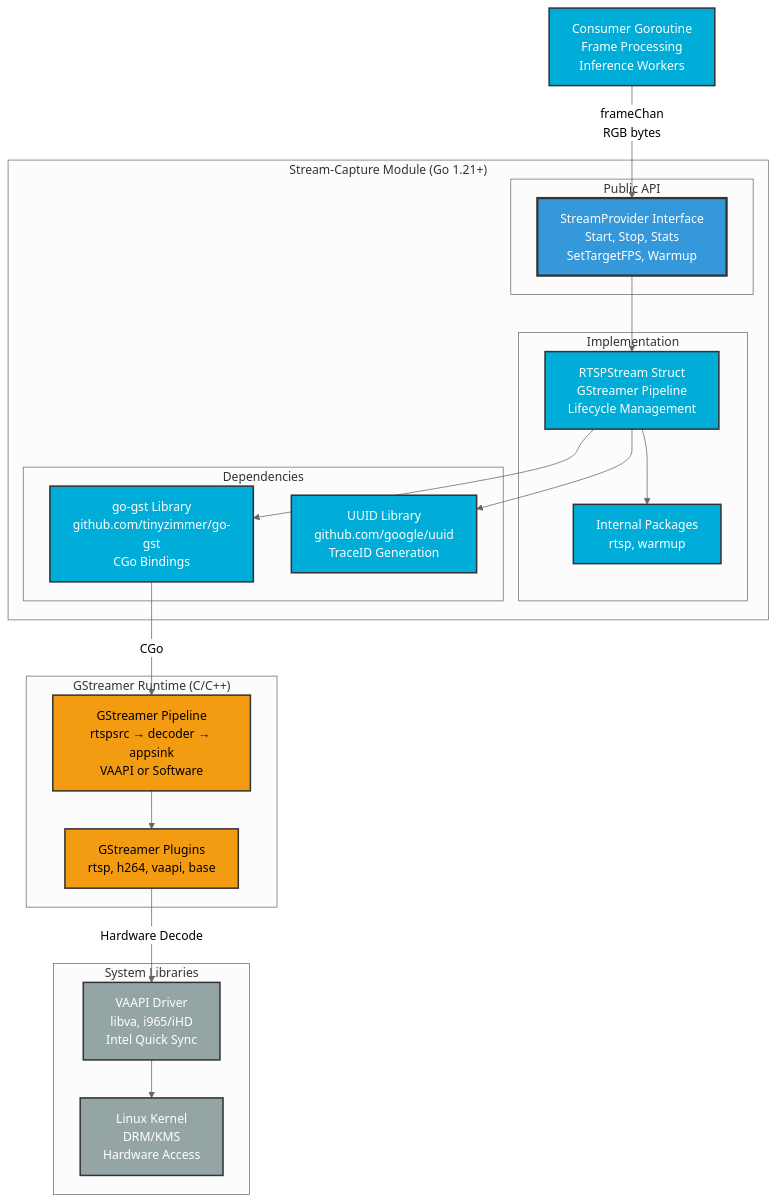
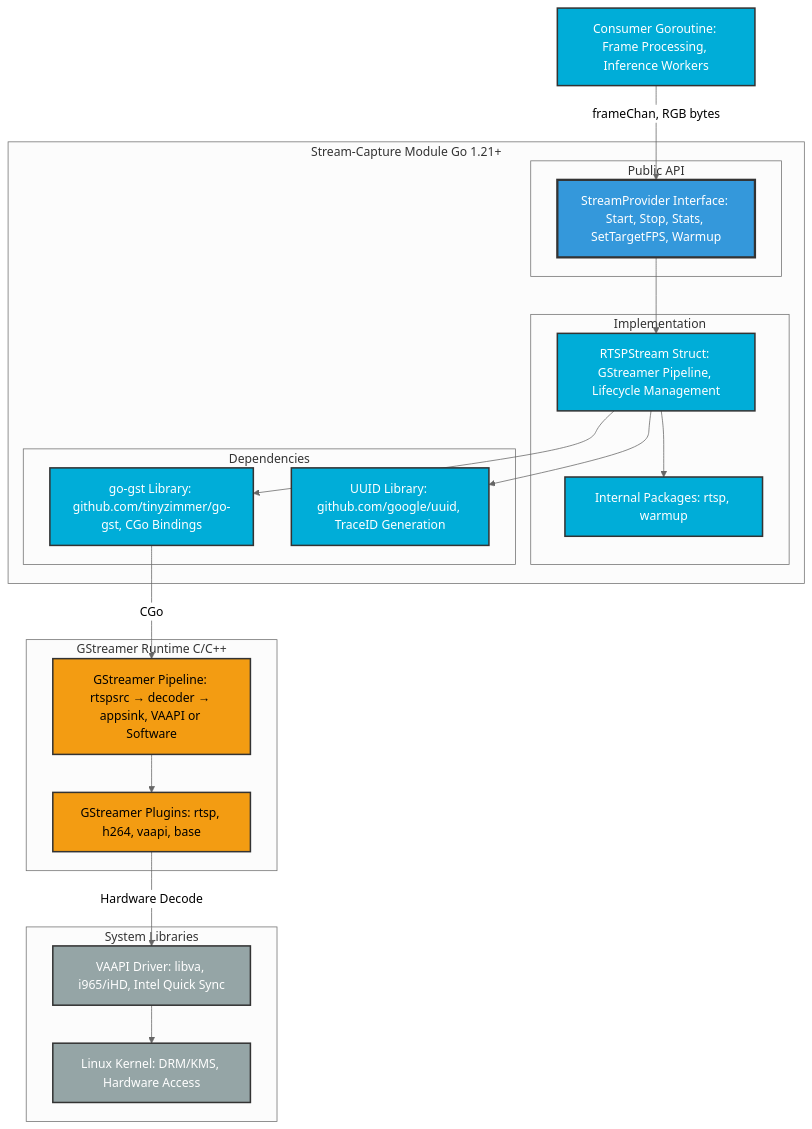
The second of 6 diagrams in modules/stream-capture/docs/C4_MODEL.md (e7canasta/orion-care-sensor), drawn with Mermaid (neutral theme) before and after one commit. The commit also changed other lines of this file and 2 other files, not shown here.

First line of the commit message:
docs(stream-capture): expand CLAUDE.md and introduce ARCHITECTURE.md

````diff
--- a/modules/stream-capture/docs/C4_MODEL.md
+++ b/modules/stream-capture/docs/C4_MODEL.md
@@ -80,48 +82,48 @@
 ```mermaid
 graph TB
-    subgraph "Stream-Capture Module (Go 1.21+)"
+    subgraph "Stream-Capture Module Go 1.21+"
         subgraph "Public API"
-            StreamProvider[StreamProvider Interface<br/>Start, Stop, Stats<br/>SetTargetFPS, Warmup]
+            StreamProvider[StreamProvider Interface: Start, Stop, Stats, SetTargetFPS, Warmup]
         end
 
         subgraph "Implementation"
-            RTSPStream[RTSPStream Struct<br/>GStreamer Pipeline<br/>Lifecycle Management]
-            InternalPackages[Internal Packages<br/>rtsp, warmup]
+            RTSPStream[RTSPStream Struct: GStreamer Pipeline, Lifecycle Management]
+            InternalPackages[Internal Packages: rtsp, warmup]
         end
 
         subgraph "Dependencies"
-            GoGst[go-gst Library<br/>github.com/tinyzimmer/go-gst<br/>CGo Bindings]
-            UUID[UUID Library<br/>github.com/google/uuid<br/>TraceID Generation]
+            GoGst[go-gst Library: github.com/tinyzimmer/go-gst, CGo Bindings]
+            UUID[UUID Library: github.com/google/uuid, TraceID Generation]
         end
     end
 
-    subgraph "GStreamer Runtime (C/C++)"
-        Pipeline[GStreamer Pipeline<br/>rtspsrc → decoder → appsink<br/>VAAPI or Software]
-        Plugins[GStreamer Plugins<br/>rtsp, h264, vaapi, base]
+    subgraph "GStreamer Runtime C/C++"
+        Pipeline[GStreamer Pipeline: rtspsrc → decoder → appsink, VAAPI or Software]
+        Plugins[GStreamer Plugins: rtsp, h264, vaapi, base]
     end
 
     subgraph "System Libraries"
-        VAAPI2[VAAPI Driver<br/>libva, i965/iHD<br/>Intel Quick Sync]
-        Kernel[Linux Kernel<br/>DRM/KMS<br/>Hardware Access]
+        VAAPI2[VAAPI Driver: libva, i965/iHD, Intel Quick Sync]
+        Kernel[Linux Kernel: DRM/KMS, Hardware Access]
     end
 
-    Consumer[Consumer Goroutine<br/>Frame Processing<br/>Inference Workers] -->|frameChan<br/>RGB bytes| StreamProvider
+    Consumer[Consumer Goroutine: Frame Processing, Inference Workers] -->|frameChan, RGB bytes| StreamProvider
     StreamProvider --> RTSPStream
     RTSPStream --> InternalPackages
     RTSPStream --> GoGst
     RTSPStream --> UUID
     GoGst -->|CGo| Pipeline
     Pipeline --> Plugins
     Plugins -->|Hardware Decode| VAAPI2
     VAAPI2 --> Kernel
 
     classDef golang fill:#00ADD8,stroke:#333,stroke-width:2px,color:#fff
     classDef gstreamer fill:#f39c12,stroke:#333,stroke-width:2px
     classDef system fill:#95a5a6,stroke:#333,stroke-width:2px,color:#fff
     classDef api fill:#3498db,stroke:#333,stroke-width:3px,color:#fff
 
     class StreamProvider,RTSPStream,InternalPackages,GoGst,UUID,Consumer golang
     class Pipeline,Plugins gstreamer
     class VAAPI2,Kernel system
     class StreamProvider api
 ```
````
